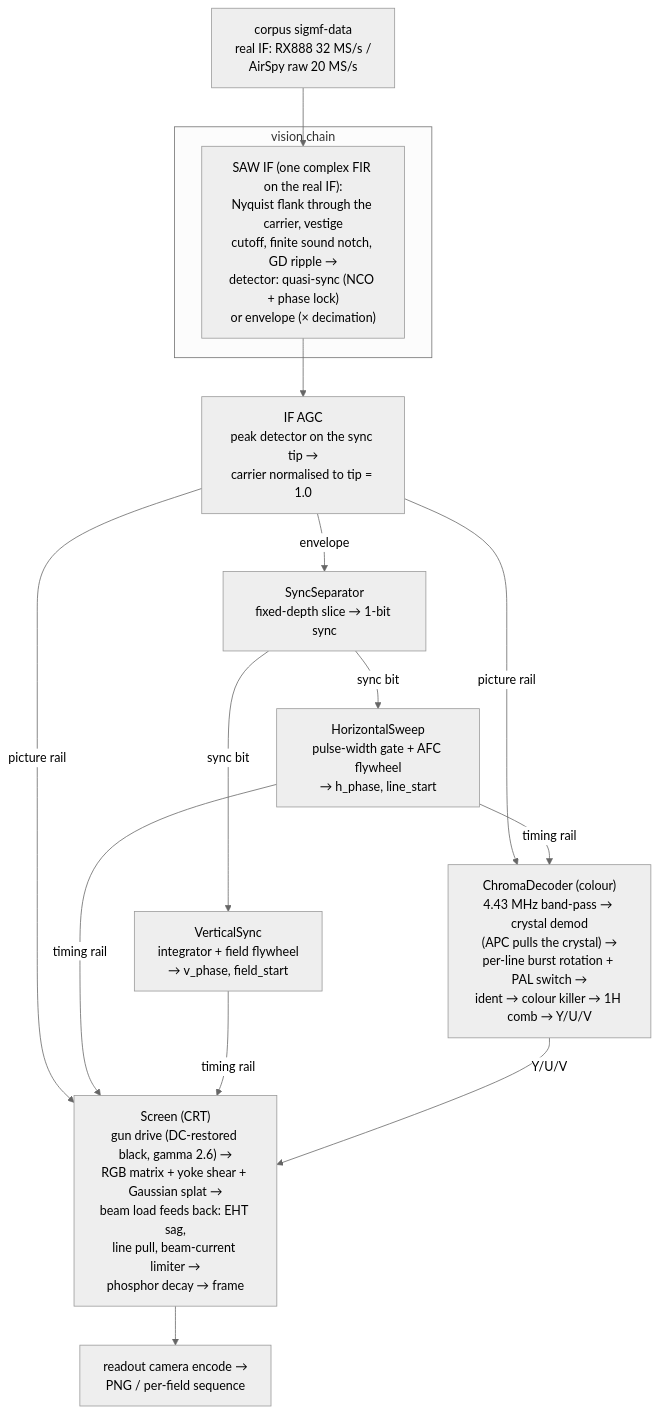
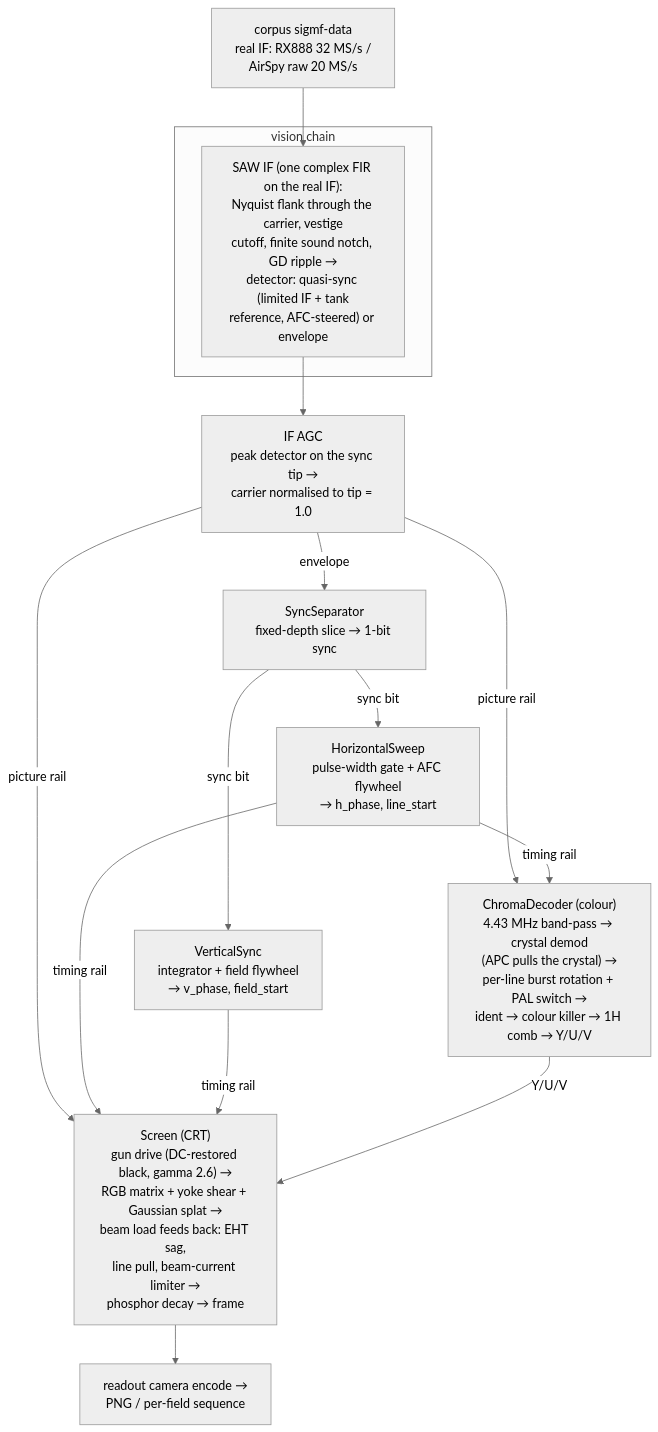
One commit to mattgodbolt/PALindrome changed the diagram in README.md. Above: the diagram before and after it, drawn with Mermaid (neutral theme). The commit also changed other lines of this file and 6 other files, not shown here.

````diff
--- a/README.md
+++ b/README.md
@@ -134,20 +38,20 @@
 ```mermaid
 flowchart TD
     SIGMF["corpus sigmf-data<br/>real IF: RX888 32 MS/s /<br/>AirSpy raw 20 MS/s"] --> VIS
 
     subgraph vis["vision chain"]
-      VIS["SAW IF (one complex FIR on the real IF):<br/>Nyquist flank through the carrier, vestige<br/>cutoff, finite sound notch, GD ripple →<br/>detector: quasi-sync (NCO + phase lock)<br/>or envelope (× decimation)"]
+      VIS["SAW IF (one complex FIR on the real IF):<br/>Nyquist flank through the carrier, vestige<br/>cutoff, finite sound notch, GD ripple →<br/>detector: quasi-sync (limited IF + tank<br/>reference, AFC-steered) or envelope"]
     end
 
     VIS --> AGC["IF AGC<br/>peak detector on the sync tip →<br/>carrier normalised to tip = 1.0"]
     AGC -->|envelope| SEP["SyncSeparator<br/>fixed-depth slice → 1-bit sync"]
     AGC -->|picture rail| SCR
     AGC -->|picture rail| CH["ChromaDecoder (colour)<br/>4.43 MHz band-pass → crystal demod<br/>(APC pulls the crystal) →<br/>per-line burst rotation + PAL switch →<br/>ident → colour killer → 1H comb → Y/U/V"]
     SEP -->|sync bit| HS["HorizontalSweep<br/>pulse-width gate + AFC flywheel<br/>→ h_phase, line_start"]
     SEP -->|sync bit| VS["VerticalSync<br/>integrator + field flywheel<br/>→ v_phase, field_start"]
     HS -->|timing rail| CH
     HS -->|timing rail| SCR["Screen (CRT)<br/>gun drive (DC-restored black, gamma 2.6) →<br/>RGB matrix + yoke shear + Gaussian splat →<br/>beam load feeds back: EHT sag,<br/>line pull, beam-current limiter →<br/>phosphor decay → frame"]
     VS -->|timing rail| SCR
     CH -->|Y/U/V| SCR
     SCR --> PNG["readout camera encode →<br/>PNG / per-field sequence"]
 ```
````
